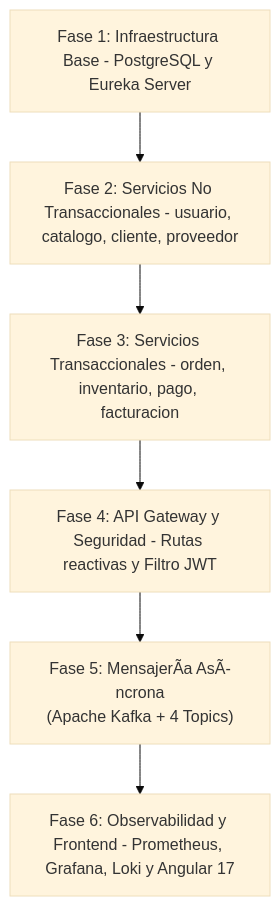
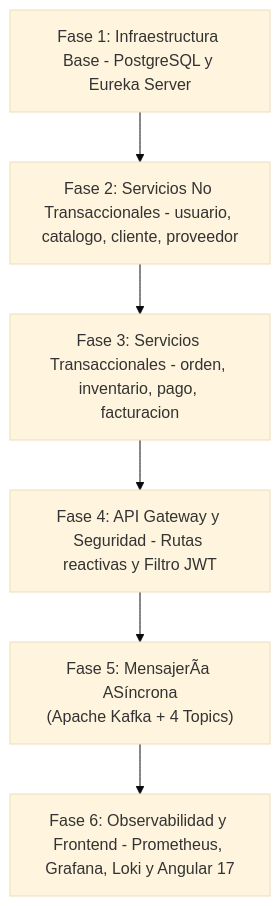
Before and after one commit to rbn-69-cod/MediZano_microservicios: the diagram in docs/proyecto-sello/guia-construccion-paso-a-paso.md, drawn with Mermaid (base theme). The commit also changed other lines of this file and 11 other files, not shown here.

````diff
--- a/docs/proyecto-sello/guia-construccion-paso-a-paso.md
+++ b/docs/proyecto-sello/guia-construccion-paso-a-paso.md
@@ -22,8 +22,8 @@
 ```mermaid
 flowchart TD
     F1["Fase 1: Infraestructura Base - PostgreSQL y Eureka Server"] --> F2["Fase 2: Servicios No Transaccionales - usuario, catalogo, cliente, proveedor"]
     F2 --> F3["Fase 3: Servicios Transaccionales - orden, inventario, pago, facturacion"]
     F3 --> F4["Fase 4: API Gateway y Seguridad - Rutas reactivas y Filtro JWT"]
-    F4 --> F5["Fase 5: MensajerÃ­a AsÃ­ncrona\n(Apache Kafka + 4 Topics)"]
+    F4 --> F5["Fase 5: MensajerÃ­a ASíncrona\n(Apache Kafka + 4 Topics)"]
     F5 --> F6["Fase 6: Observabilidad y Frontend - Prometheus, Grafana, Loki y Angular 17"]
 ```
````
